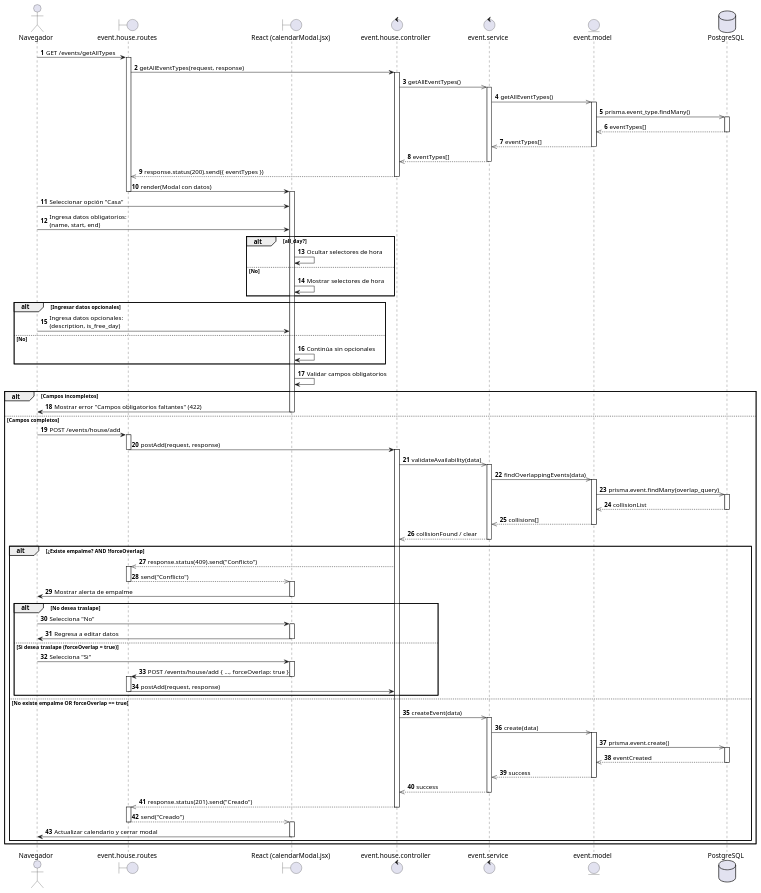
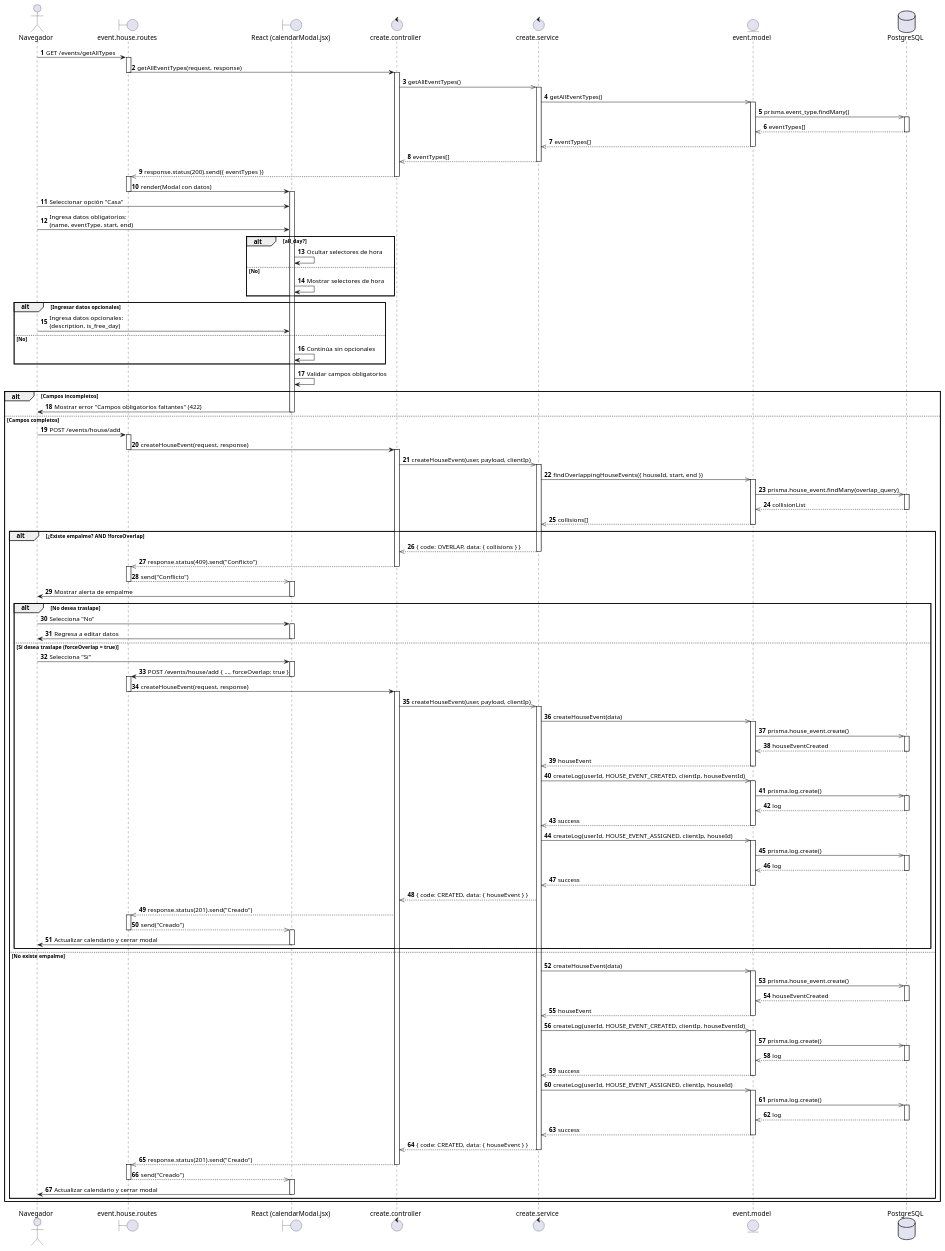
Before and after one commit to AztlanConsulting/RCHQ-Back: the diagram in diagrams/Sequence diagram/US77.puml, drawn with PlantUML.

Commit message:
docs(DS): Se modifica el diagrama de secuencia para crear evento de casa para estar acorde a la funcionalidad programada.

```diff
--- a/diagrams/Sequence diagram/US77.puml
+++ b/diagrams/Sequence diagram/US77.puml
@@ -1,132 +1,191 @@
 @startuml HU77 - Coordinador registra evento de casa
 
 actor Navegador
 boundary "event.house.routes" as routes
 boundary "React (calendarModal.jsx)" as ReactView
-control "event.house.controller" as controller
-control event.service
-entity event.model
+control "create.controller" as controller
+control "create.service" as event.service
+entity "event.model" as event.model
 database PostgreSQL
 
 autonumber
 
 Navegador -> routes : GET /events/getAllTypes
 activate routes
 
 routes -> controller : getAllEventTypes(request, response)
+deactivate routes
 activate controller
 
 controller ->> event.service : getAllEventTypes()
 activate event.service
 event.service ->> event.model : getAllEventTypes()
 activate event.model
 event.model ->> PostgreSQL : prisma.event_type.findMany()
 activate PostgreSQL
 PostgreSQL -->> event.model : eventTypes[]
 deactivate PostgreSQL
 event.model -->> event.service : eventTypes[]
 deactivate event.model
 event.service -->> controller : eventTypes[]
 deactivate event.service
 
 controller -->> routes : response.status(200).send({ eventTypes })
 deactivate controller
+activate routes
 
 routes -> ReactView : render(Modal con datos)
 deactivate routes
 activate ReactView
 
 Navegador -> ReactView : Seleccionar opción "Casa"
 
-Navegador -> ReactView : Ingresa datos obligatorios:\n(name, start, end)
+Navegador -> ReactView : Ingresa datos obligatorios:\n(name, eventType, start, end)
 
 alt all_day?
     ReactView -> ReactView : Ocultar selectores de hora
 else No
     ReactView -> ReactView : Mostrar selectores de hora
 end
 
 alt Ingresar datos opcionales
     Navegador -> ReactView : Ingresa datos opcionales:\n(description, is_free_day)
 else No
     ReactView -> ReactView : Continúa sin opcionales
 end
 
 ReactView -> ReactView : Validar campos obligatorios
 
 alt Campos incompletos
     ReactView -> Navegador : Mostrar error "Campos obligatorios faltantes" (422)
     deactivate ReactView
 else Campos completos
     Navegador -> routes : POST /events/house/add
     activate routes
 
-    routes -> controller : postAdd(request, response)
+    routes -> controller : createHouseEvent(request, response)
     deactivate routes
     activate controller
 
-    controller ->> event.service : validateAvailability(data)
+    controller ->> event.service : createHouseEvent(user, payload, clientIp)
     activate event.service
 
-    event.service ->> event.model : findOverlappingEvents(data)
+    event.service ->> event.model : findOverlappingHouseEvents({ houseId, start, end })
     activate event.model
-    event.model ->> PostgreSQL : prisma.event.findMany(overlap_query)
+    event.model ->> PostgreSQL : prisma.house_event.findMany(overlap_query)
     activate PostgreSQL
     PostgreSQL -->> event.model : collisionList
     deactivate PostgreSQL
     event.model -->> event.service : collisions[]
     deactivate event.model
 
-    event.service -->> controller : collisionFound / clear
-    deactivate event.service
-
     alt ¿Existe empalme? AND !forceOverlap
+        event.service -->> controller : { code: OVERLAP, data: { collisions } }
+        deactivate event.service
         controller -->> routes : response.status(409).send("Conflicto")
+        deactivate controller
         activate routes
         routes -->> ReactView : send("Conflicto")
         deactivate routes
         activate ReactView
         ReactView -> Navegador : Mostrar alerta de empalme
         deactivate ReactView
-        
+
         alt No desea traslape
             Navegador -> ReactView : Selecciona "No"
             activate ReactView
             ReactView -> Navegador : Regresa a editar datos
             deactivate ReactView
-        else Si desea traslape (forceOverlap = true)
-            Navegador -> ReactView : Selecciona "Si"
+        else Sí desea traslape (forceOverlap = true)
+            Navegador -> ReactView : Selecciona "Sí"
             activate ReactView
             ReactView -> routes : POST /events/house/add { ..., forceOverlap: true }
             deactivate ReactView
             activate routes
-            routes -> controller : postAdd(request, response)
+
+            routes -> controller : createHouseEvent(request, response)
             deactivate routes
+            activate controller
+
+            controller ->> event.service : createHouseEvent(user, payload, clientIp)
+            activate event.service
+
+            event.service ->> event.model : createHouseEvent(data)
+            activate event.model
+            event.model ->> PostgreSQL : prisma.house_event.create()
+            activate PostgreSQL
+            PostgreSQL -->> event.model : houseEventCreated
+            deactivate PostgreSQL
+            event.model -->> event.service : houseEvent
+            deactivate event.model
+
+            event.service ->> event.model : createLog(userId, HOUSE_EVENT_CREATED, clientIp, houseEventId)
+            activate event.model
+            event.model ->> PostgreSQL : prisma.log.create()
+            activate PostgreSQL
+            PostgreSQL -->> event.model : log
+            deactivate PostgreSQL
+            event.model -->> event.service : success
+            deactivate event.model
+
+            event.service ->> event.model : createLog(userId, HOUSE_EVENT_ASSIGNED, clientIp, houseId)
+            activate event.model
+            event.model ->> PostgreSQL : prisma.log.create()
+            activate PostgreSQL
+            PostgreSQL -->> event.model : log
+            deactivate PostgreSQL
+            event.model -->> event.service : success
+            deactivate event.model
+
+            event.service -->> controller : { code: CREATED, data: { houseEvent } }
+            controller -->> routes : response.status(201).send("Creado")
+            activate routes
+            routes -->> ReactView : send("Creado")
+            deactivate routes
+            activate ReactView
+            ReactView -> Navegador : Actualizar calendario y cerrar modal
+            deactivate ReactView
         end
-        
-    else No existe empalme OR forceOverlap == true
-        controller ->> event.service : createEvent(data)
-        activate event.service
-        event.service ->> event.model : create(data)
+
+    else No existe empalme
+        event.service ->> event.model : createHouseEvent(data)
         activate event.model
-        event.model ->> PostgreSQL : prisma.event.create()
+        event.model ->> PostgreSQL : prisma.house_event.create()
         activate PostgreSQL
-        PostgreSQL -->> event.model : eventCreated
+        PostgreSQL -->> event.model : houseEventCreated
+        deactivate PostgreSQL
+        event.model -->> event.service : houseEvent
+        deactivate event.model
+
+        event.service ->> event.model : createLog(userId, HOUSE_EVENT_CREATED, clientIp, houseEventId)
+        activate event.model
+        event.model ->> PostgreSQL : prisma.log.create()
+        activate PostgreSQL
+        PostgreSQL -->> event.model : log
         deactivate PostgreSQL
         event.model -->> event.service : success
         deactivate event.model
-        event.service -->> controller : success
+
+        event.service ->> event.model : createLog(userId, HOUSE_EVENT_ASSIGNED, clientIp, houseId)
+        activate event.model
+        event.model ->> PostgreSQL : prisma.log.create()
+        activate PostgreSQL
+        PostgreSQL -->> event.model : log
+        deactivate PostgreSQL
+        event.model -->> event.service : success
+        deactivate event.model
+
+        event.service -->> controller : { code: CREATED, data: { houseEvent } }
         deactivate event.service
-
         controller -->> routes : response.status(201).send("Creado")
         deactivate controller
         activate routes
         routes -->> ReactView : send("Creado")
         deactivate routes
         activate ReactView
         ReactView -> Navegador : Actualizar calendario y cerrar modal
         deactivate ReactView
     end
 end
 
 @enduml
```
